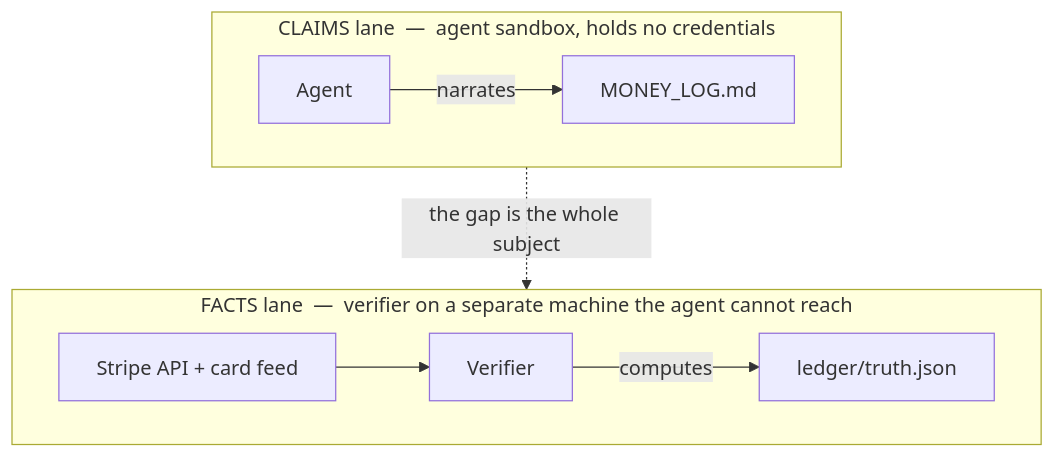
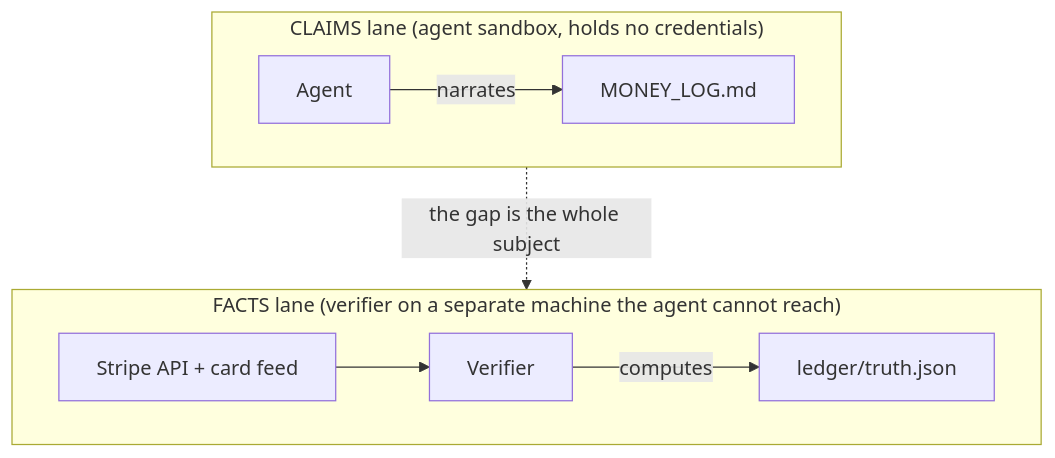
Before and after one commit to ImmortalDemonGod/money-agent: the diagram in .github/assets/invariant.mmd, drawn with Mermaid. The commit also changed 1 other file, not shown here.

Commit message:
README diagram: strip em-dashes from labels (ASCII only)
The previous re-render used &mdash; in the subgraph labels, reintroducing the
em-dashes just removed from the prose. Use parentheses instead; source is now
pure ASCII (0 non-ASCII bytes).

Claude-Session: https://claude.ai/code/session_014Hq5vD47gAUMgtKtNvVi5X

```diff
--- a/.github/assets/invariant.mmd
+++ b/.github/assets/invariant.mmd
@@ -1,10 +1,10 @@
 flowchart TB
-    subgraph CLAIMS["CLAIMS lane &nbsp;&mdash;&nbsp; agent sandbox, holds no credentials"]
+    subgraph CLAIMS["CLAIMS lane (agent sandbox, holds no credentials)"]
         direction LR
         A["Agent"] -->|narrates| C["MONEY_LOG.md"]
     end
-    subgraph FACTS["FACTS lane &nbsp;&mdash;&nbsp; verifier on a separate machine the agent cannot reach"]
+    subgraph FACTS["FACTS lane (verifier on a separate machine the agent cannot reach)"]
         direction LR
         S["Stripe API + card feed"] --> V["Verifier"] -->|computes| T["ledger/truth.json"]
     end
     C -.->|"the gap is the whole subject"| S
```
